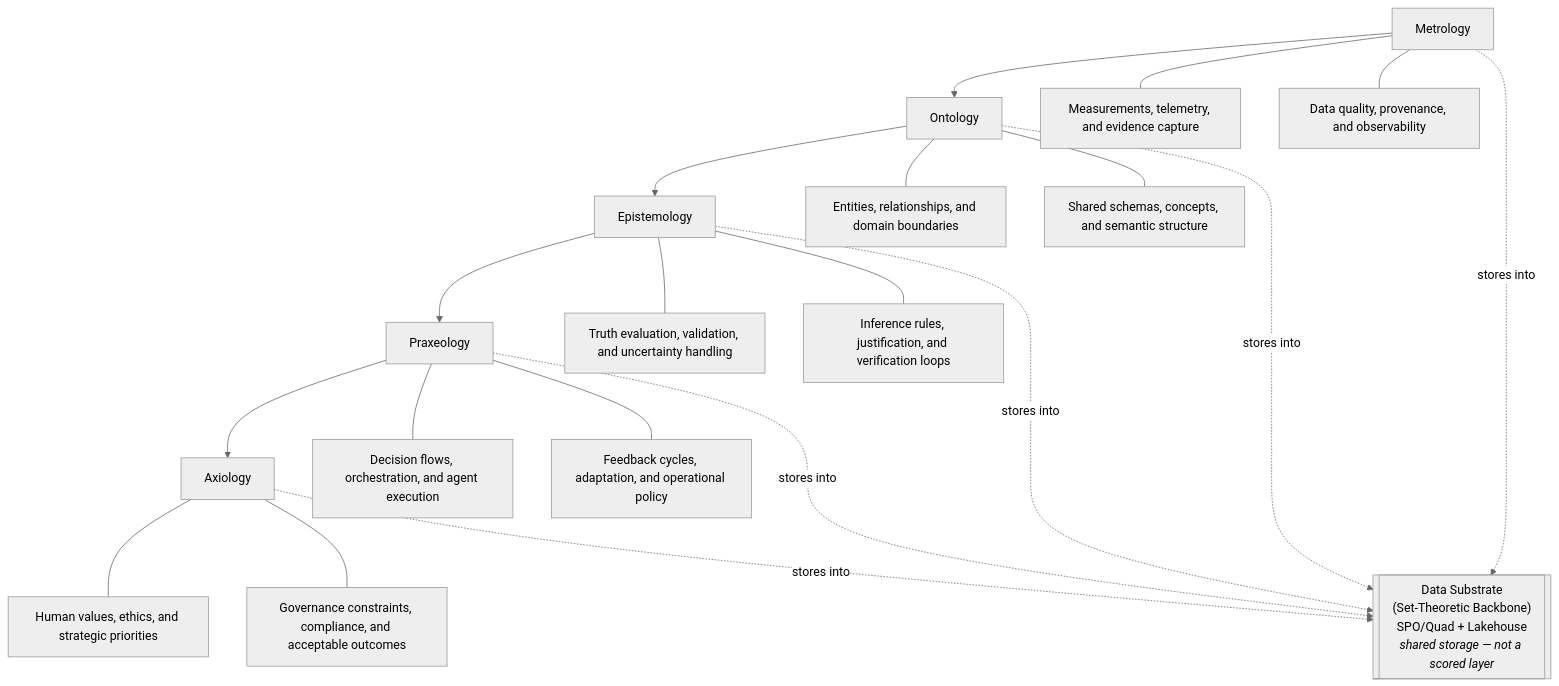
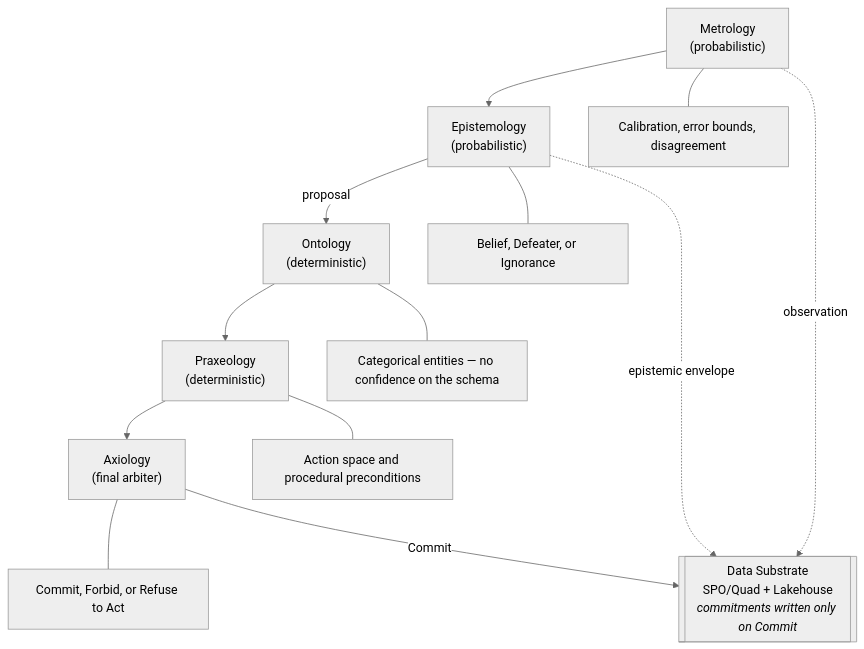
The diagram in docs/layer-diagram.md (PhilipAsiala/philosophical-ai-architecture), drawn with Mermaid (neutral theme) before and after one commit. The commit also changed other lines of this file and 25 other files, not shown here.

````diff
--- a/docs/layer-diagram.md
+++ b/docs/layer-diagram.md
@@ -5,30 +5,19 @@
 ```mermaid
 graph TD
-    SUB[["Data Substrate<br/>(Set-Theoretic Backbone)<br/>SPO/Quad + Lakehouse<br/><i>shared storage — not a scored layer</i>"]]
+    SUB[["Data Substrate<br/>SPO/Quad + Lakehouse<br/><i>commitments written only on Commit</i>"]]
 
-    A[Metrology] --> B[Ontology]
-    B --> C[Epistemology]
-    C --> D[Praxeology]
-    D --> E[Axiology]
+    A["Metrology<br/>(probabilistic)"] --> C["Epistemology<br/>(probabilistic)"]
+    C -->|"proposal"| B["Ontology<br/>(deterministic)"]
+    B --> D["Praxeology<br/>(deterministic)"]
+    D --> E["Axiology<br/>(final arbiter)"]
 
-    A --- A1[Measurements, telemetry, and evidence capture]
-    A --- A2[Data quality, provenance, and observability]
+    A --- A1[Calibration, error bounds, disagreement]
+    C --- C1["Belief, Defeater, or Ignorance"]
+    B --- B1[Categorical entities — no confidence on the schema]
+    D --- D1[Action space and procedural preconditions]
+    E --- E1["Commit, Forbid, or Refuse to Act"]
 
-    B --- B1[Entities, relationships, and domain boundaries]
-    B --- B2[Shared schemas, concepts, and semantic structure]
-
-    C --- C1[Truth evaluation, validation, and uncertainty handling]
-    C --- C2[Inference rules, justification, and verification loops]
-
-    D --- D1[Decision flows, orchestration, and agent execution]
-    D --- D2[Feedback cycles, adaptation, and operational policy]
-
-    E --- E1[Human values, ethics, and strategic priorities]
-    E --- E2[Governance constraints, compliance, and acceptable outcomes]
-
-    A -. stores into .-> SUB
-    B -. stores into .-> SUB
-    C -. stores into .-> SUB
-    D -. stores into .-> SUB
-    E -. stores into .-> SUB
+    A -. observation .-> SUB
+    C -. epistemic envelope .-> SUB
+    E -->|"Commit"| SUB
 ```
````
